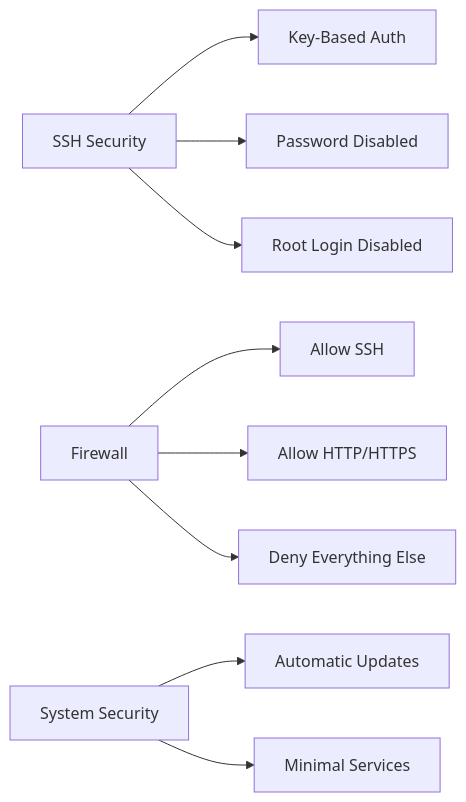
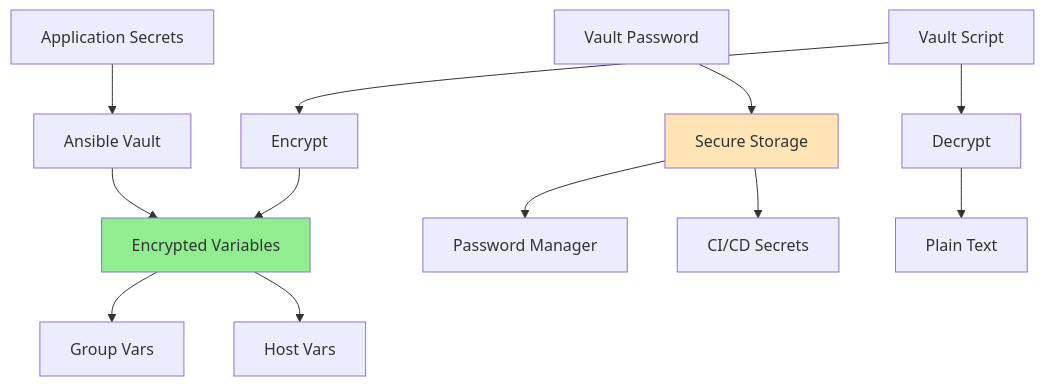
Before and after one commit to 4gh0rn/dev-blog: the eighth of 8 diagrams in docs/projects/vserver-setup.md, drawn with Mermaid. The commit also changed other lines of this file and 17 other files, not shown here.

````diff
--- a/docs/projects/vserver-setup.md
+++ b/docs/projects/vserver-setup.md
@@ -161,13 +456,19 @@
 ```mermaid
-graph LR
-    A[SSH Security] --> B[Key-Based Auth]
-    A --> C[Password Disabled]
-    A --> D[Root Login Disabled]
+graph TB
+    A[Application Secrets] --> B[Ansible Vault]
+    B --> C[Encrypted Variables]
+    C --> D[Group Vars]
+    C --> E[Host Vars]
     
-    E[Firewall] --> F[Allow SSH]
-    E --> G[Allow HTTP/HTTPS]
-    E --> H[Deny Everything Else]
+    F[Vault Password] --> G[Secure Storage]
+    G --> H[Password Manager]
+    G --> I[CI/CD Secrets]
     
-    I[System Security] --> J[Automatic Updates]
-    I --> K[Minimal Services]
+    J[Vault Script] --> K[Encrypt]
+    J --> L[Decrypt]
+    K --> C
+    L --> M[Plain Text]
+    
+    style C fill:#90EE90
+    style G fill:#FFE4B5
 ```
````
